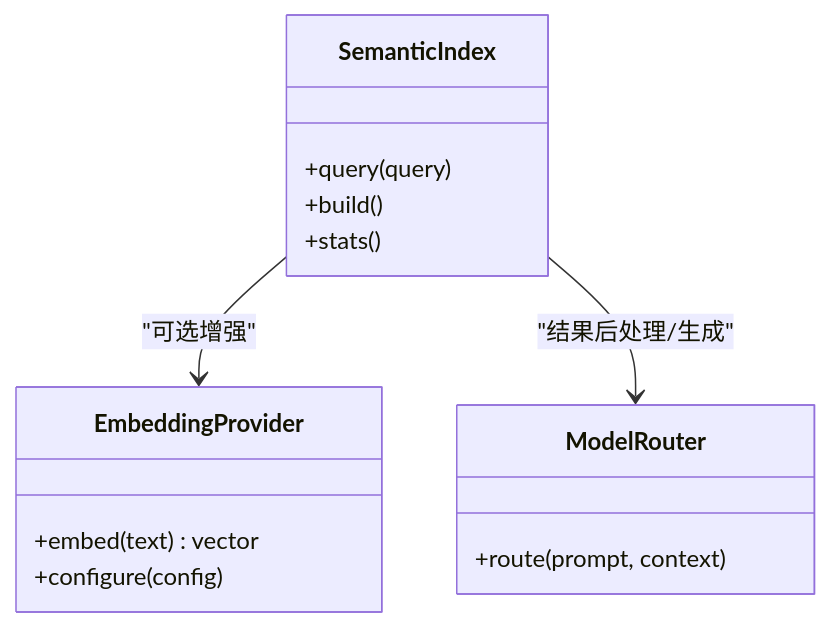
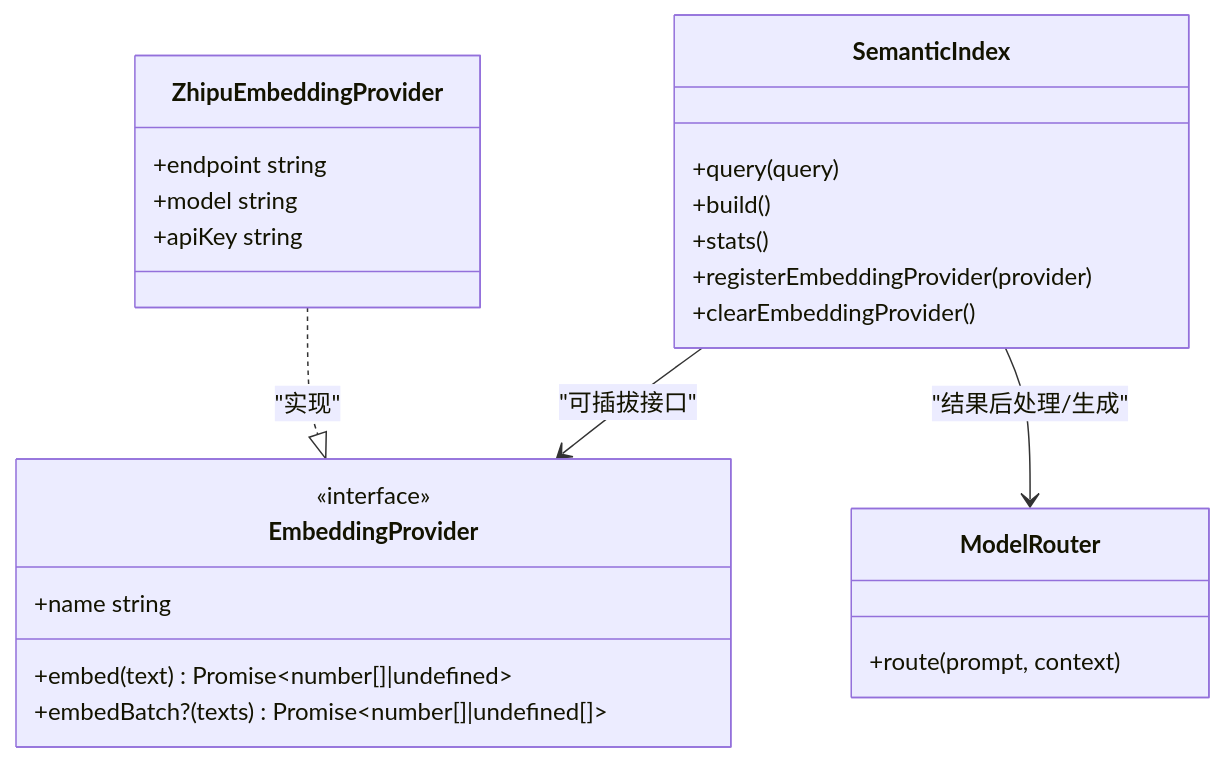
One commit to sofate798/KodrixCode changed the fifth of 9 diagrams in .qoder/repowiki/zh/content/架构设计/代码库智能架构/代码库智能架构.md. Above: the diagram before and after it, drawn with Mermaid. The commit also changed other lines of this file and 4 other files, not shown here.

````diff
--- a/.qoder/repowiki/zh/content/架构设计/代码库智能架构/代码库智能架构.md
+++ b/.qoder/repowiki/zh/content/架构设计/代码库智能架构/代码库智能架构.md
@@ -213,17 +227,27 @@
 ```mermaid
 classDiagram
 class SemanticIndex {
 +query(query)
 +build()
 +stats()
++registerEmbeddingProvider(provider)
++clearEmbeddingProvider()
 }
 class EmbeddingProvider {
-+embed(text) vector
-+configure(config)
+<<interface>>
++name string
++embed(text) Promise~number[]|undefined~
++embedBatch?(texts) Promise~number[]|undefined[]~
+}
+class ZhipuEmbeddingProvider {
++endpoint string
++model string
++apiKey string
 }
 class ModelRouter {
 +route(prompt, context)
 }
-SemanticIndex --> EmbeddingProvider : "可选增强"
+SemanticIndex --> EmbeddingProvider : "可插拔接口"
+ZhipuEmbeddingProvider ..|> EmbeddingProvider : "实现"
 SemanticIndex --> ModelRouter : "结果后处理/生成"
 ```
````
